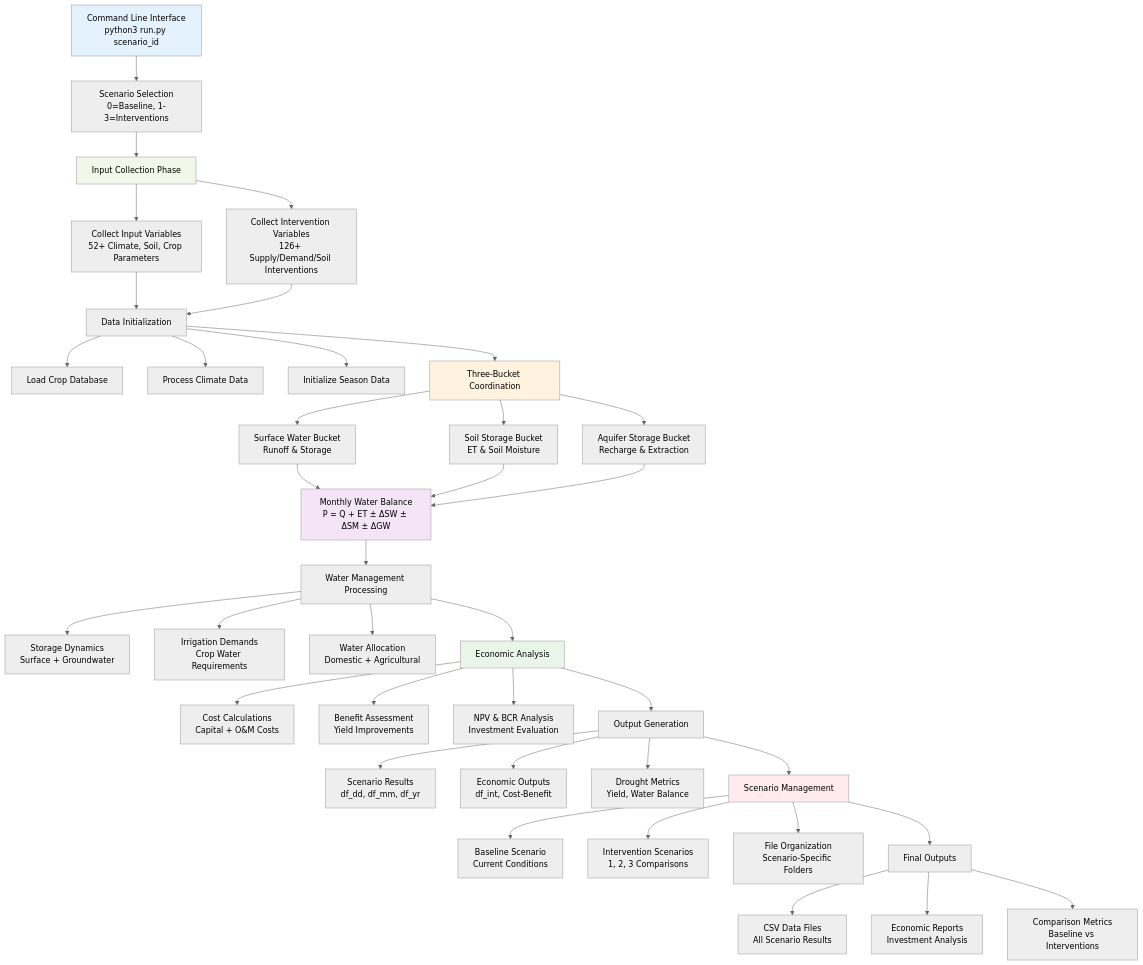
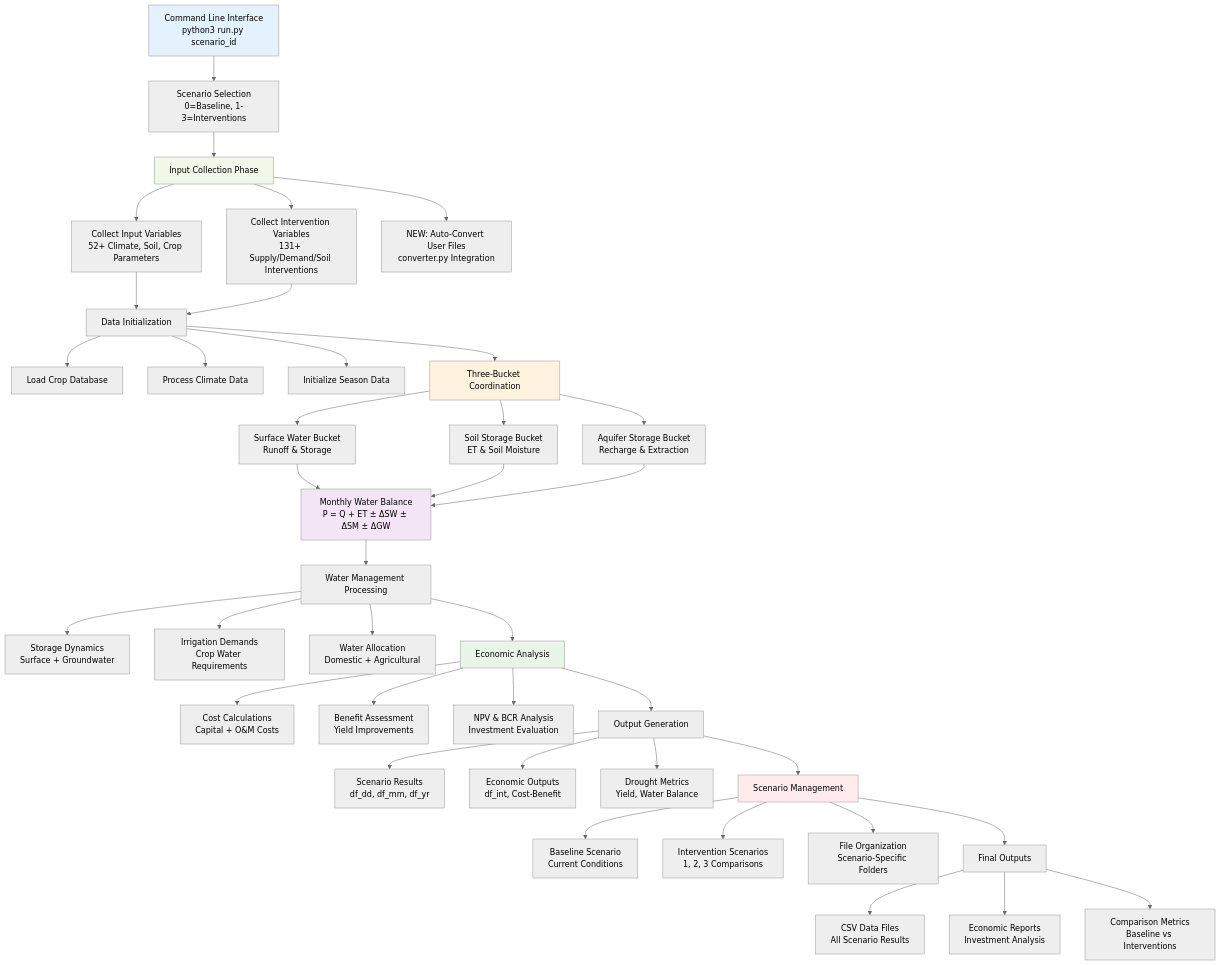
One commit to DrJagadeeshG/Drought_proofing_tool_3.0 changed the diagram in docs/orchestrator.md. Above: the diagram before and after it, drawn with Mermaid (neutral theme). The commit also changed other lines of this file and 78 other files, not shown here.

````diff
--- a/docs/orchestrator.md
+++ b/docs/orchestrator.md
@@ -20,66 +20,67 @@
 ```mermaid
 graph TD
     %% Command Line Interface
     CLI[Command Line Interface<br/>python3 run.py scenario_id] --> SC[Scenario Selection<br/>0=Baseline, 1-3=Interventions]
 
     %% Input Collection Phase
     SC --> IC[Input Collection Phase]
     IC --> IC1[Collect Input Variables<br/>52+ Climate, Soil, Crop Parameters]
-    IC --> IC2[Collect Intervention Variables<br/>126+ Supply/Demand/Soil Interventions]
+    IC --> IC2[Collect Intervention Variables<br/>131+ Supply/Demand/Soil Interventions]
+    IC --> IC3[NEW: Auto-Convert User Files<br/>converter.py Integration]
 
     %% Data Initialization
     IC1 --> DI[Data Initialization]
     IC2 --> DI
     DI --> DI1[Load Crop Database]
     DI --> DI2[Process Climate Data]
     DI --> DI3[Initialize Season Data]
 
     %% Three-Bucket Coordination
     DI --> TBC[Three-Bucket Coordination]
     TBC --> SW[Surface Water Bucket<br/>Runoff & Storage]
     TBC --> SB[Soil Storage Bucket<br/>ET & Soil Moisture]
     TBC --> AB[Aquifer Storage Bucket<br/>Recharge & Extraction]
 
     %% Monthly Water Balance
     SW --> WB[Monthly Water Balance<br/>P = Q + ET ± ΔSW ± ΔSM ± ΔGW]
     SB --> WB
     AB --> WB
 
     %% Water Management Processing
     WB --> WM[Water Management Processing]
     WM --> WM1[Storage Dynamics<br/>Surface + Groundwater]
     WM --> WM2[Irrigation Demands<br/>Crop Water Requirements]
     WM --> WM3[Water Allocation<br/>Domestic + Agricultural]
 
     %% Economic Analysis
     WM --> EA[Economic Analysis]
     EA --> EA1[Cost Calculations<br/>Capital + O&M Costs]
     EA --> EA2[Benefit Assessment<br/>Yield Improvements]
     EA --> EA3[NPV & BCR Analysis<br/>Investment Evaluation]
 
     %% Output Generation
     EA --> OG[Output Generation]
     OG --> OG1[Scenario Results<br/>df_dd, df_mm, df_yr]
     OG --> OG2[Economic Outputs<br/>df_int, Cost-Benefit]
     OG --> OG3[Drought Metrics<br/>Yield, Water Balance]
 
     %% Scenario Management
     OG --> SM[Scenario Management]
     SM --> SM1[Baseline Scenario<br/>Current Conditions]
     SM --> SM2[Intervention Scenarios<br/>1, 2, 3 Comparisons]
     SM --> SM3[File Organization<br/>Scenario-Specific Folders]
 
     %% Final Outputs
     SM --> FO[Final Outputs]
     FO --> FO1[CSV Data Files<br/>All Scenario Results]
     FO --> FO2[Economic Reports<br/>Investment Analysis]
     FO --> FO3[Comparison Metrics<br/>Baseline vs Interventions]
 
     %% Styling
     style CLI fill:#e3f2fd
     style TBC fill:#fff3e0
     style WB fill:#f3e5f5
     style EA fill:#e8f5e8
     style SM fill:#ffebee
     style IC fill:#f1f8e9
 ```
````
